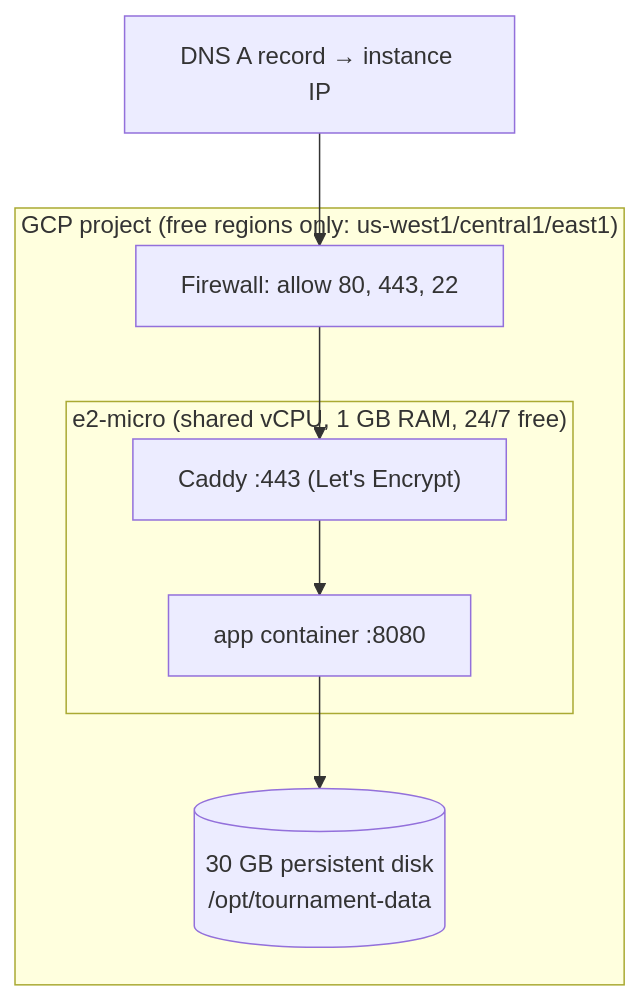
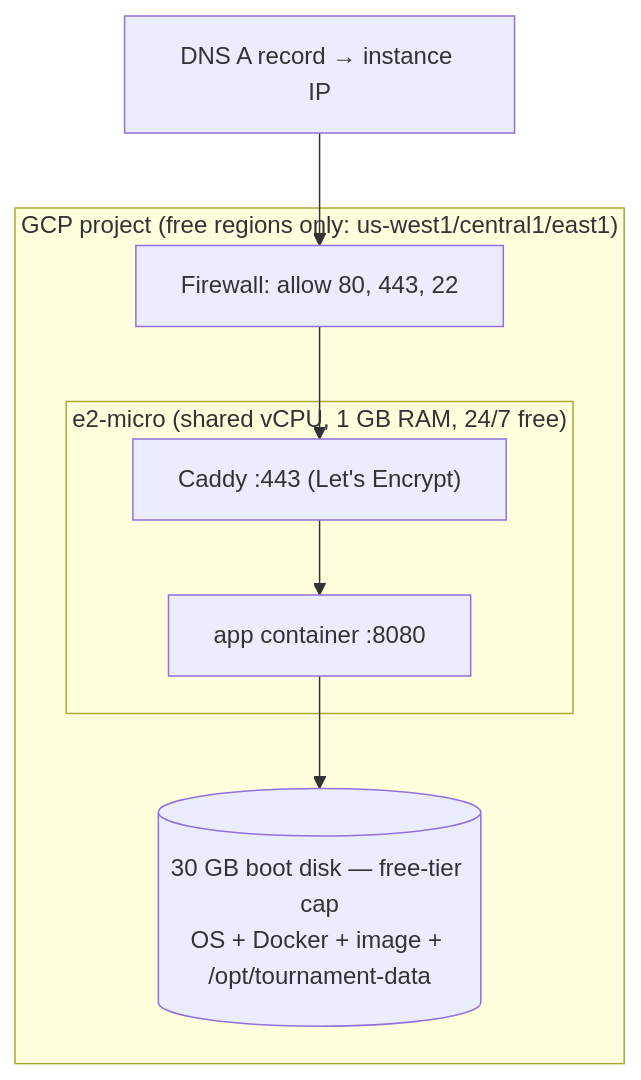
One commit to gitrgoliveira/bracket-creator changed the fourth of 7 diagrams in docs/architecture/infrastructure-architecture.md. Above: the diagram before and after it, drawn with Mermaid. The commit also changed other lines of this file, not shown here.

First line of the commit message:
docs: clarify the 30 GB disk is the free-tier boot disk, not data sizing

````diff
--- a/docs/architecture/infrastructure-architecture.md
+++ b/docs/architecture/infrastructure-architecture.md
@@ -83,13 +83,13 @@
 ```mermaid
 flowchart TB
     dns["DNS A record → instance IP"] --> fw
     subgraph gcpproj["GCP project (free regions only: us-west1/central1/east1)"]
         fw["Firewall: allow 80, 443, 22"]
         subgraph vm["e2-micro (shared vCPU, 1 GB RAM, 24/7 free)"]
             caddy["Caddy :443 (Let's Encrypt)"]
             app["app container :8080"]
         end
-        pd[("30 GB persistent disk<br/>/opt/tournament-data")]
+        pd[("30 GB boot disk — free-tier cap<br/>OS + Docker + image + /opt/tournament-data")]
     end
     fw --> caddy --> app --> pd
 ```
````
